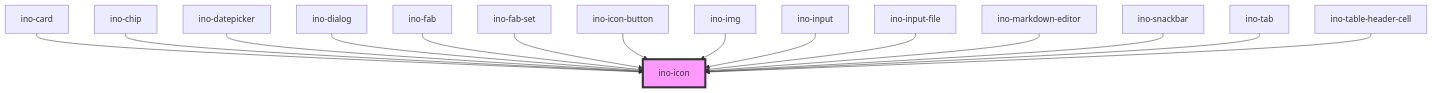
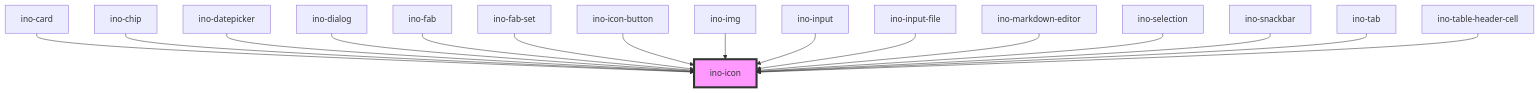
Before and after one commit to inovex/elements: the diagram in packages/elements/src/components/ino-icon/readme.md, drawn with Mermaid. The commit also changed other lines of this file and 21 other files, not shown here.

Commit message:
refactor(elements): add autocomplete & virtualScroll to ino-selection - virtualScroll not working

````diff
--- a/packages/elements/src/components/ino-icon/readme.md
+++ b/packages/elements/src/components/ino-icon/readme.md
@@ -140,18 +141,19 @@
 ```mermaid
 graph TD;
   ino-card --> ino-icon
   ino-chip --> ino-icon
   ino-datepicker --> ino-icon
   ino-dialog --> ino-icon
   ino-fab --> ino-icon
   ino-fab-set --> ino-icon
   ino-icon-button --> ino-icon
   ino-img --> ino-icon
   ino-input --> ino-icon
   ino-input-file --> ino-icon
   ino-markdown-editor --> ino-icon
+  ino-selection --> ino-icon
   ino-snackbar --> ino-icon
   ino-tab --> ino-icon
   ino-table-header-cell --> ino-icon
   style ino-icon fill:#f9f,stroke:#333,stroke-width:4px
 ```
````
